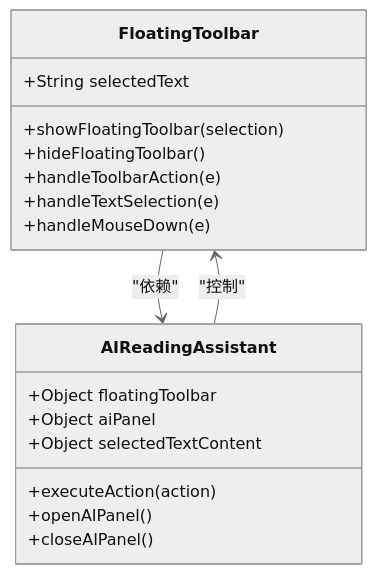
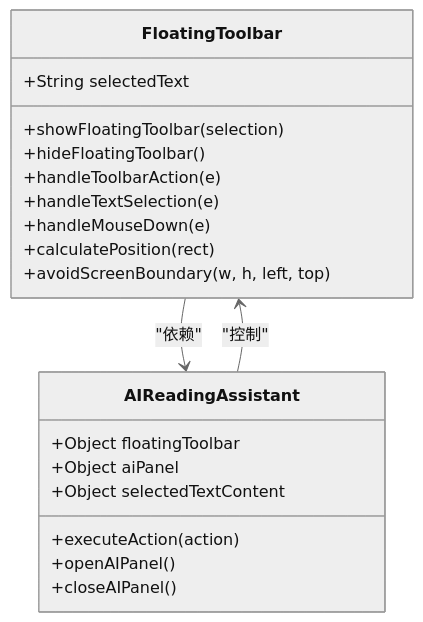
Before and after one commit to 1431529361/aread: the fourth of 10 diagrams in .qoder/repowiki/zh/content/用户指南/AI 功能.md, drawn with Mermaid (neutral theme). The commit also changed other lines of this file and 32 other files, not shown here.

````diff
--- a/.qoder/repowiki/zh/content/用户指南/AI 功能.md
+++ b/.qoder/repowiki/zh/content/用户指南/AI 功能.md
@@ -170,21 +212,23 @@
 ```mermaid
 classDiagram
 class FloatingToolbar {
 +String selectedText
 +showFloatingToolbar(selection)
 +hideFloatingToolbar()
 +handleToolbarAction(e)
 +handleTextSelection(e)
 +handleMouseDown(e)
++calculatePosition(rect)
++avoidScreenBoundary(w, h, left, top)
 }
 class AIReadingAssistant {
 +Object floatingToolbar
 +Object aiPanel
 +Object selectedTextContent
 +executeAction(action)
 +openAIPanel()
 +closeAIPanel()
 }
 FloatingToolbar --> AIReadingAssistant : "依赖"
 AIReadingAssistant --> FloatingToolbar : "控制"
 ```
````
